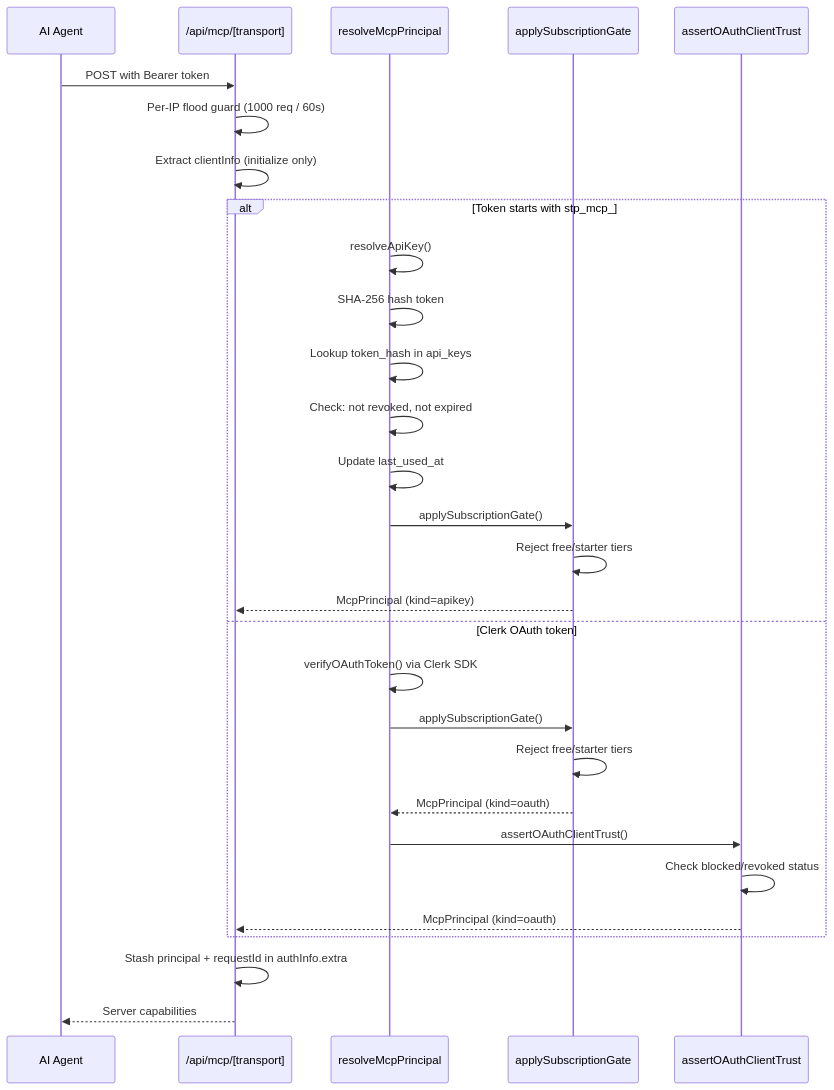
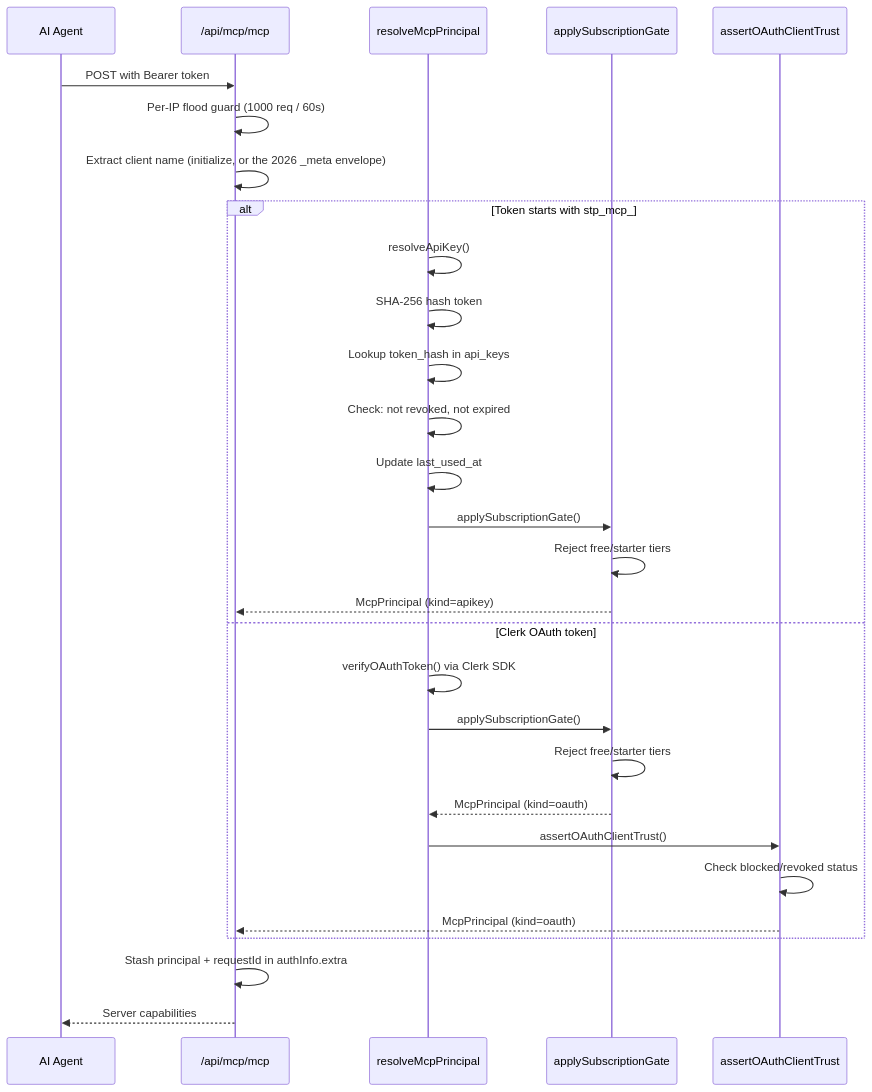
Before and after one commit to Andy00L/sharetopus: the first of 2 diagrams in docs/MCP.md, drawn with Mermaid. The commit also changed other lines of this file and 40 other files, not shown here.

````diff
--- a/docs/MCP.md
+++ b/docs/MCP.md
@@ -42,34 +40,34 @@
 ```mermaid
 sequenceDiagram
     participant Agent as AI Agent
-    participant Route as /api/mcp/[transport]
+    participant Route as /api/mcp/mcp
     participant Auth as resolveMcpPrincipal
     participant Gate as applySubscriptionGate
     participant Trust as assertOAuthClientTrust
 
     Agent->>Route: POST with Bearer token
     Route->>Route: Per-IP flood guard (1000 req / 60s)
-    Route->>Route: Extract clientInfo (initialize only)
+    Route->>Route: Extract client name (initialize, or the 2026 _meta envelope)
 
     alt Token starts with stp_mcp_
         Auth->>Auth: resolveApiKey()
         Auth->>Auth: SHA-256 hash token
         Auth->>Auth: Lookup token_hash in api_keys
         Auth->>Auth: Check: not revoked, not expired
         Auth->>Auth: Update last_used_at
         Auth->>Gate: applySubscriptionGate()
         Gate->>Gate: Reject free/starter tiers
         Gate-->>Route: McpPrincipal (kind=apikey)
     else Clerk OAuth token
         Auth->>Auth: verifyOAuthToken() via Clerk SDK
         Auth->>Gate: applySubscriptionGate()
         Gate->>Gate: Reject free/starter tiers
         Gate-->>Auth: McpPrincipal (kind=oauth)
         Auth->>Trust: assertOAuthClientTrust()
         Trust->>Trust: Check blocked/revoked status
         Trust-->>Route: McpPrincipal (kind=oauth)
     end
 
     Route->>Route: Stash principal + requestId in authInfo.extra
     Route-->>Agent: Server capabilities
 ```
````
